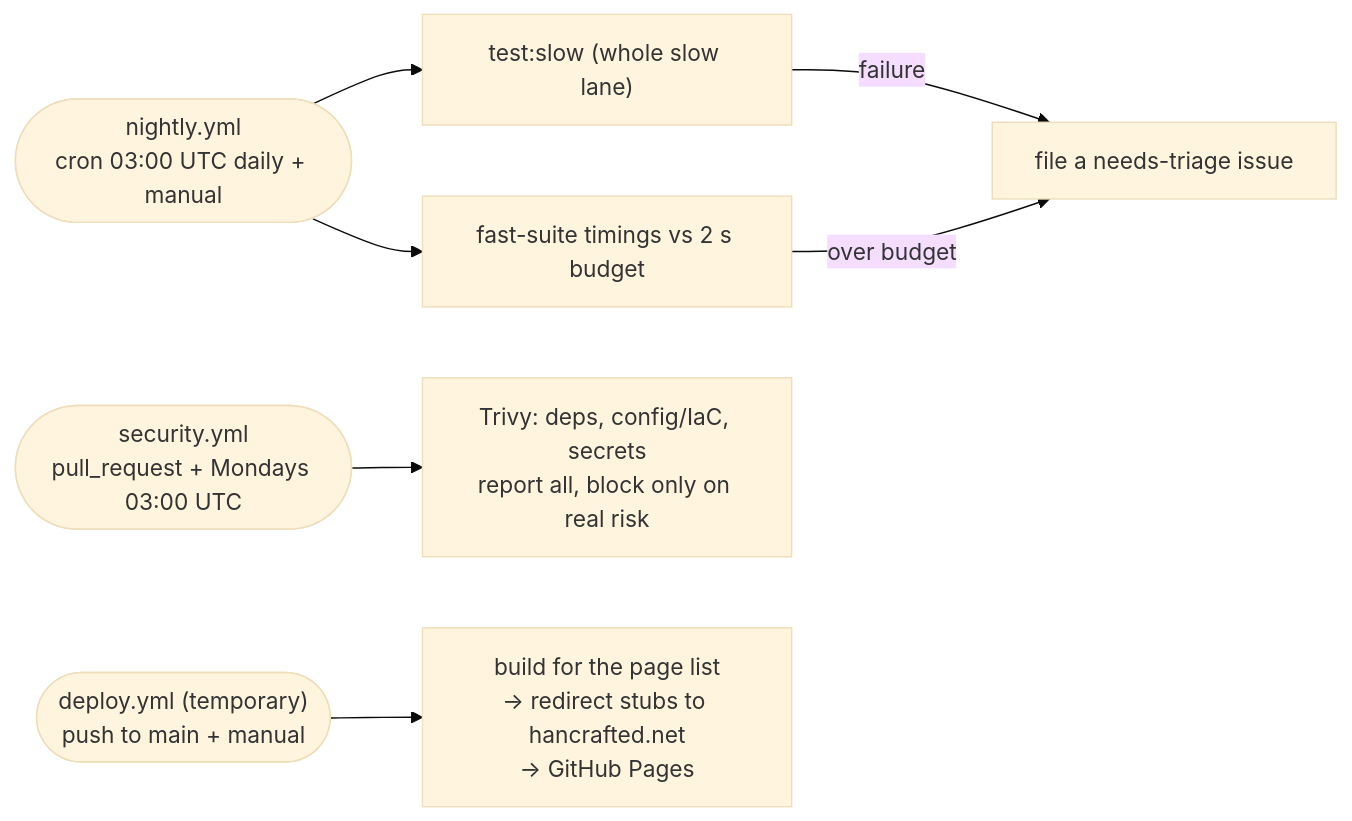
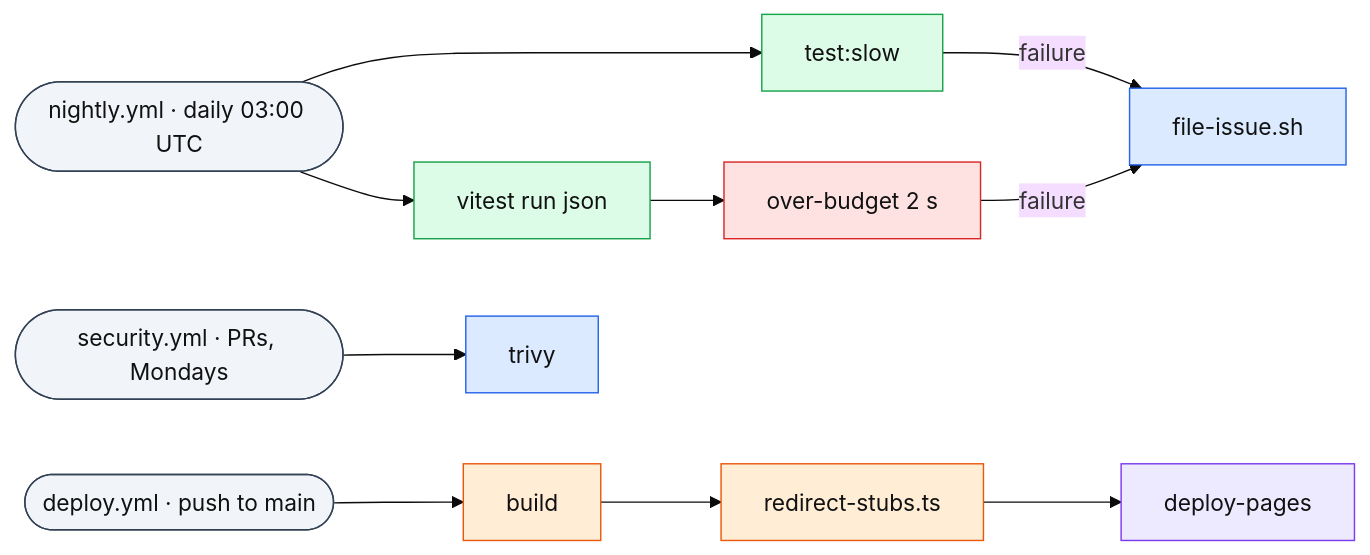
Before and after one commit to hancrafted/content-library: diagram 12 of 13 in CI.md, drawn with Mermaid (base theme). The commit also changed other lines of this file, not shown here.

First line of the commit message:
docs(ci): restructure CI.md as an inverted pyramid with colour-coded charts

````diff
--- a/CI.md
+++ b/CI.md
@@ -135,11 +254,17 @@
 ```mermaid
 flowchart LR
-  N(["nightly.yml<br/>cron 03:00 UTC daily + manual"]) --> N1["test:slow (whole slow lane)"]
-  N --> N2["fast-suite timings vs 2 s budget"]
-  N1 -- failure --> NI["file a needs-triage issue"]
-  N2 -- over budget --> NI
+  N([nightly.yml · daily 03:00 UTC]):::outcome --> N1[test:slow]:::test & N2[vitest run json]:::test
+  N2 --> N3[over-budget 2 s]:::gate
+  N1 & N3 -- failure --> I[file-issue.sh]:::check
 
-  SEC(["security.yml<br/>pull_request + Mondays 03:00 UTC"]) --> T1["Trivy: deps, config/IaC, secrets<br/>report all, block only on real risk"]
+  S([security.yml · PRs, Mondays]):::outcome --> T[trivy]:::check
 
-  GP(["deploy.yml (temporary)<br/>push to main + manual"]) --> G1["build for the page list<br/>→ redirect stubs to hancrafted.net<br/>→ GitHub Pages"]
+  G([deploy.yml · push to main]):::outcome --> B[build]:::build --> R[redirect-stubs.ts]:::build --> GP[deploy-pages]:::deploy
+
+  classDef check fill:#dbeafe,stroke:#2563eb,color:#111
+  classDef test fill:#dcfce7,stroke:#16a34a,color:#111
+  classDef build fill:#ffedd5,stroke:#ea580c,color:#111
+  classDef deploy fill:#ede9fe,stroke:#7c3aed,color:#111
+  classDef gate fill:#fee2e2,stroke:#dc2626,color:#111
+  classDef outcome fill:#f1f5f9,stroke:#334155,color:#111
 ```
````
